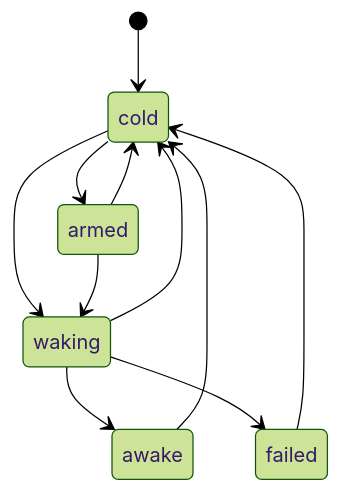
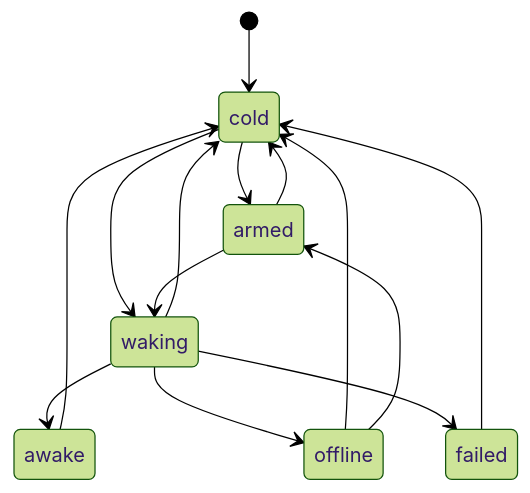
One commit to ogygiajs/ogygia changed the diagram in internal/notes/flows/region-wake.md. Above: the diagram before and after it, drawn with Mermaid (forest theme).

Commit message:
docs: redraw the flow notes from the machines as main has them (offline states)

````diff
--- a/internal/notes/flows/region-wake.md
+++ b/internal/notes/flows/region-wake.md
@@ -42,13 +42,16 @@
 ```mermaid
 stateDiagram-v2
     [*] --> cold
     cold --> armed
     cold --> waking
     armed --> cold
     armed --> waking
     waking --> cold
     waking --> awake
+    waking --> offline
     waking --> failed
     awake --> cold
+    offline --> cold
+    offline --> armed
     failed --> cold
 ```
````
